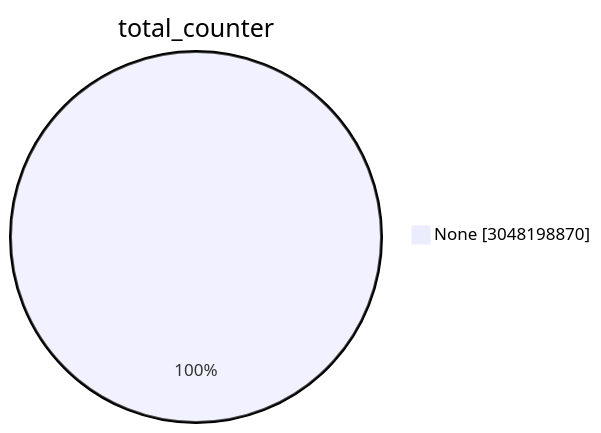
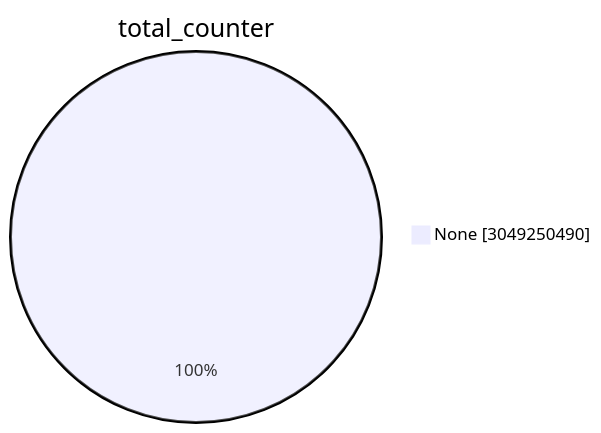
The first of 15 diagrams in TOTAL/README.md (christiankrug/ctmonitor_visualization), drawn with Mermaid before and after one commit. The commit also changed other lines of this file, not shown here.

````diff
--- a/TOTAL/README.md
+++ b/TOTAL/README.md
@@ -1,5 +1,5 @@
 ```mermaid
 pie showData
 title total_counter
-"None" :3048198870
+"None" :3049250490
 ```
````
